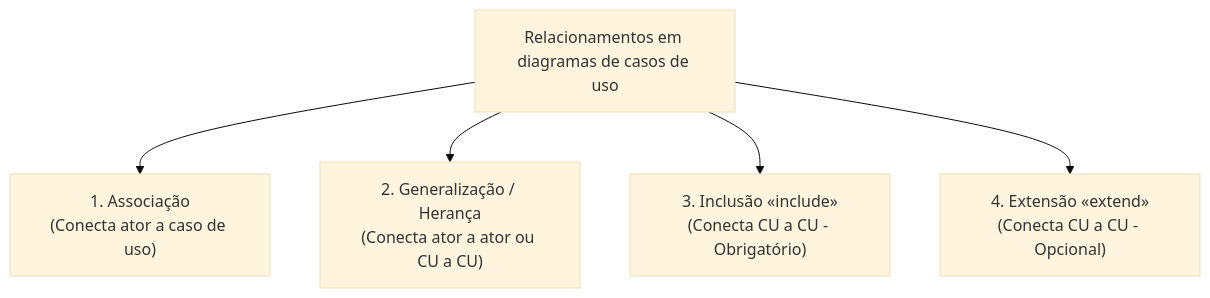
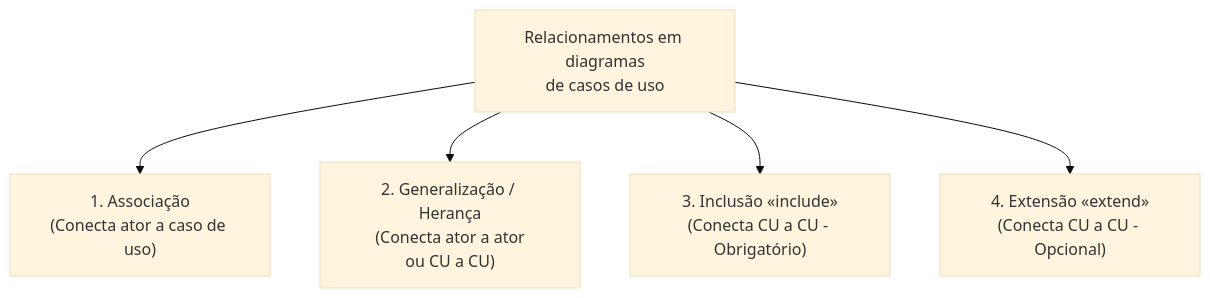
Before and after one commit to leorruas/puc: the third of 11 diagrams in 07. Engenharia de Requisitos/08. Modelagem de requisitos com casos de uso e especificações textuais.md, drawn with Mermaid (base theme). The commit also changed other lines of this file, not shown here.

Commit message:
style: alinha diagramas mermaid da aula de casos de uso com regras verticais

````diff
--- a/07. Engenharia de Requisitos/08. Modelagem de requisitos com casos de uso e especificações textuais.md
+++ b/07. Engenharia de Requisitos/08. Modelagem de requisitos com casos de uso e especificações textuais.md
@@ -113,7 +111,7 @@
 ```mermaid
 flowchart TD
-    NodeRoot["Relacionamentos em diagramas de casos de uso"] --> Node1["1. Associação<br>(Conecta ator a caso de uso)"]
-    NodeRoot --> Node2["2. Generalização / Herança<br>(Conecta ator a ator ou CU a CU)"]
+    NodeRoot["Relacionamentos em diagramas<br>de casos de uso"] --> Node1["1. Associação<br>(Conecta ator a caso de uso)"]
+    NodeRoot --> Node2["2. Generalização / Herança<br>(Conecta ator a ator<br>ou CU a CU)"]
     NodeRoot --> Node3["3. Inclusão «include»<br>(Conecta CU a CU - Obrigatório)"]
     NodeRoot --> Node4["4. Extensão «extend»<br>(Conecta CU a CU - Opcional)"]
 ```
````
